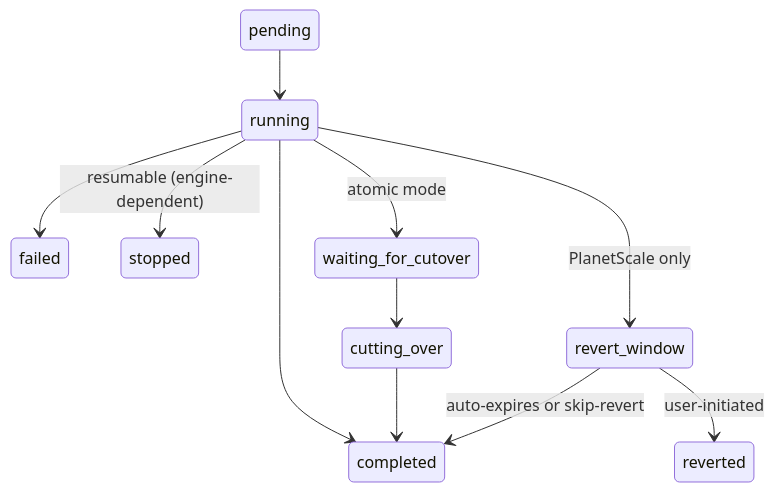
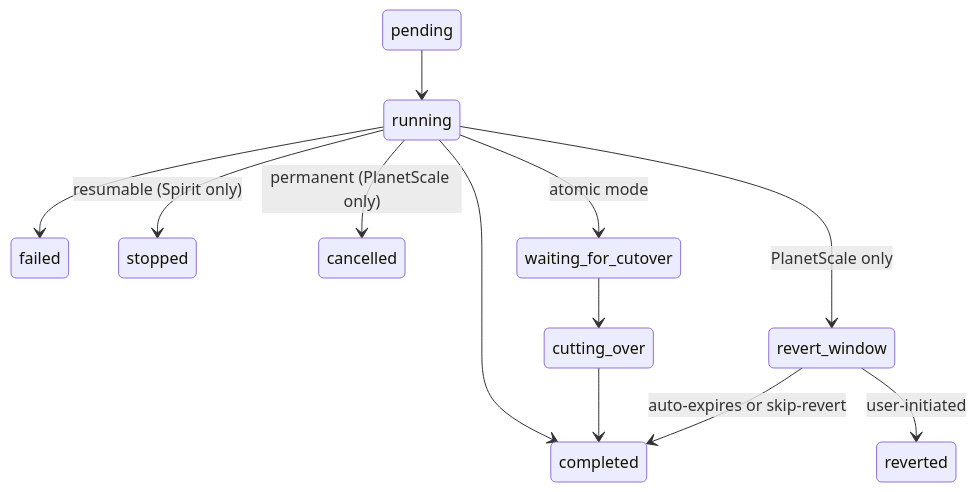
Before and after one commit to block/schemabot: the first of 3 diagrams in pkg/state/README.md, drawn with Mermaid. The commit also changed other lines of this file and 25 other files, not shown here.

First line of the commit message:
Add Vitess CLI rendering: shard progress, VSchema previews, phase states

````diff
--- a/pkg/state/README.md
+++ b/pkg/state/README.md
@@ -30,15 +30,16 @@
 ```mermaid
 stateDiagram-v2
     pending --> running
     running --> completed
     running --> failed
-    running --> stopped : resumable (engine-dependent)
+    running --> stopped : resumable (Spirit only)
+    running --> cancelled : permanent (PlanetScale only)
     running --> waiting_for_cutover : atomic mode
     running --> revert_window : PlanetScale only
 
     waiting_for_cutover --> cutting_over
     cutting_over --> completed
 
     revert_window --> completed : auto-expires or skip-revert
     revert_window --> reverted : user-initiated
 ```
````
